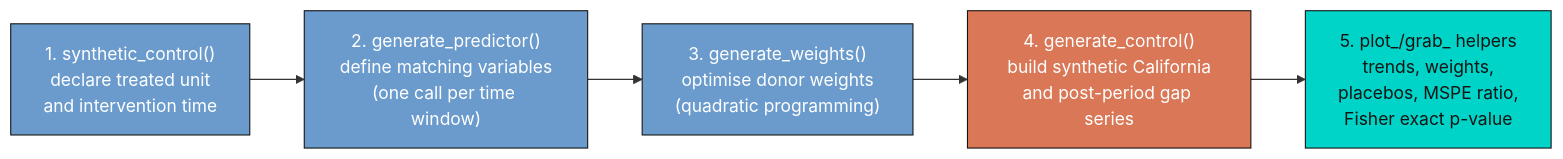
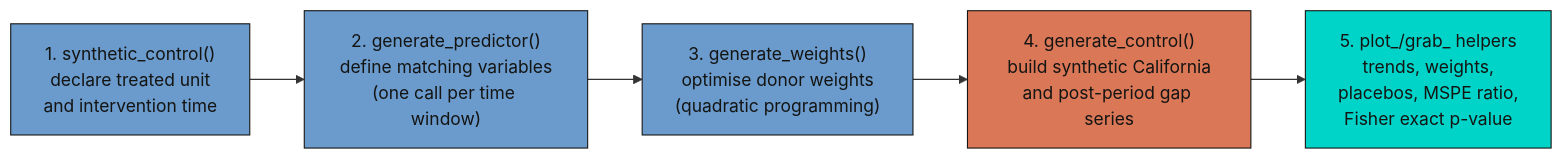
One commit to cmg777/starter-academic-v501 changed the fourth of 5 diagrams in content/post/r_causalpolicy_workshop/index.md. Above: the diagram before and after it, drawn with Mermaid. The commit also changed other lines of this file and 67 other files, not shown here.

First line of the commit message:
fix(mermaid): readable diagram text in both themes across the site

````diff
--- a/content/post/r_causalpolicy_workshop/index.md
+++ b/content/post/r_causalpolicy_workshop/index.md
@@ -924,13 +927,13 @@
 ```mermaid
 flowchart LR
     A["1. synthetic_control()<br/>declare treated unit<br/>and intervention time"] --> B["2. generate_predictor()<br/>define matching variables<br/>(one call per time window)"]
     B --> C["3. generate_weights()<br/>optimise donor weights<br/>(quadratic programming)"]
     C --> D["4. generate_control()<br/>build synthetic California<br/>and post-period gap series"]
     D --> E["5. plot_/grab_ helpers<br/>trends, weights,<br/>placebos, MSPE ratio,<br/>Fisher exact p-value"]
 
-    style A fill:#6a9bcc,stroke:#141413,color:#fff
-    style B fill:#6a9bcc,stroke:#141413,color:#fff
-    style C fill:#6a9bcc,stroke:#141413,color:#fff
-    style D fill:#d97757,stroke:#141413,color:#fff
+    style A fill:#6a9bcc,stroke:#141413,color:#141413
+    style B fill:#6a9bcc,stroke:#141413,color:#141413
+    style C fill:#6a9bcc,stroke:#141413,color:#141413
+    style D fill:#d97757,stroke:#141413,color:#141413
     style E fill:#00d4c8,stroke:#141413,color:#141413
 ```
````
